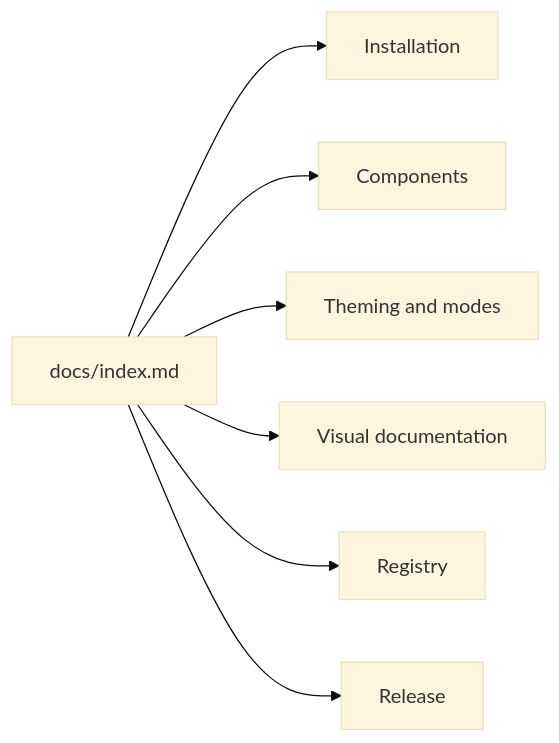
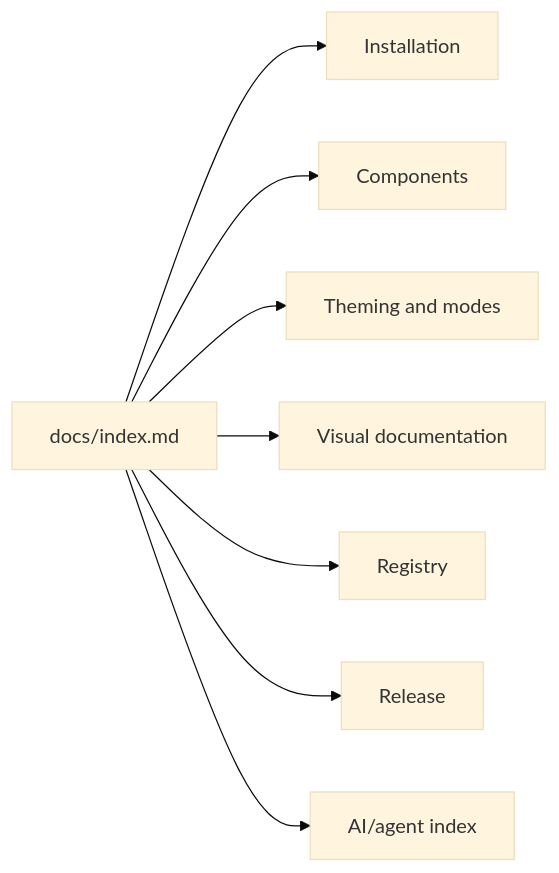
The diagram in README.md (clean99/liquid-glass), drawn with Mermaid (base theme) before and after one commit. The commit also changed other lines of this file and 11 other files, not shown here.

````diff
--- a/README.md
+++ b/README.md
@@ -93,9 +94,10 @@
 ```mermaid
 flowchart LR
   A["docs/index.md"] --> B["Installation"]
   A --> C["Components"]
   A --> D["Theming and modes"]
   A --> E["Visual documentation"]
   A --> F["Registry"]
   A --> G["Release"]
+  A --> H["AI/agent index"]
 ```
````
